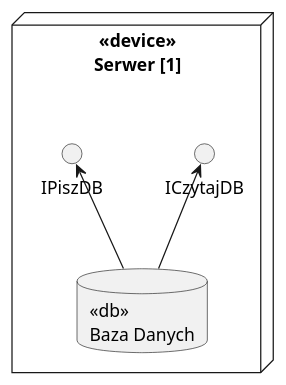
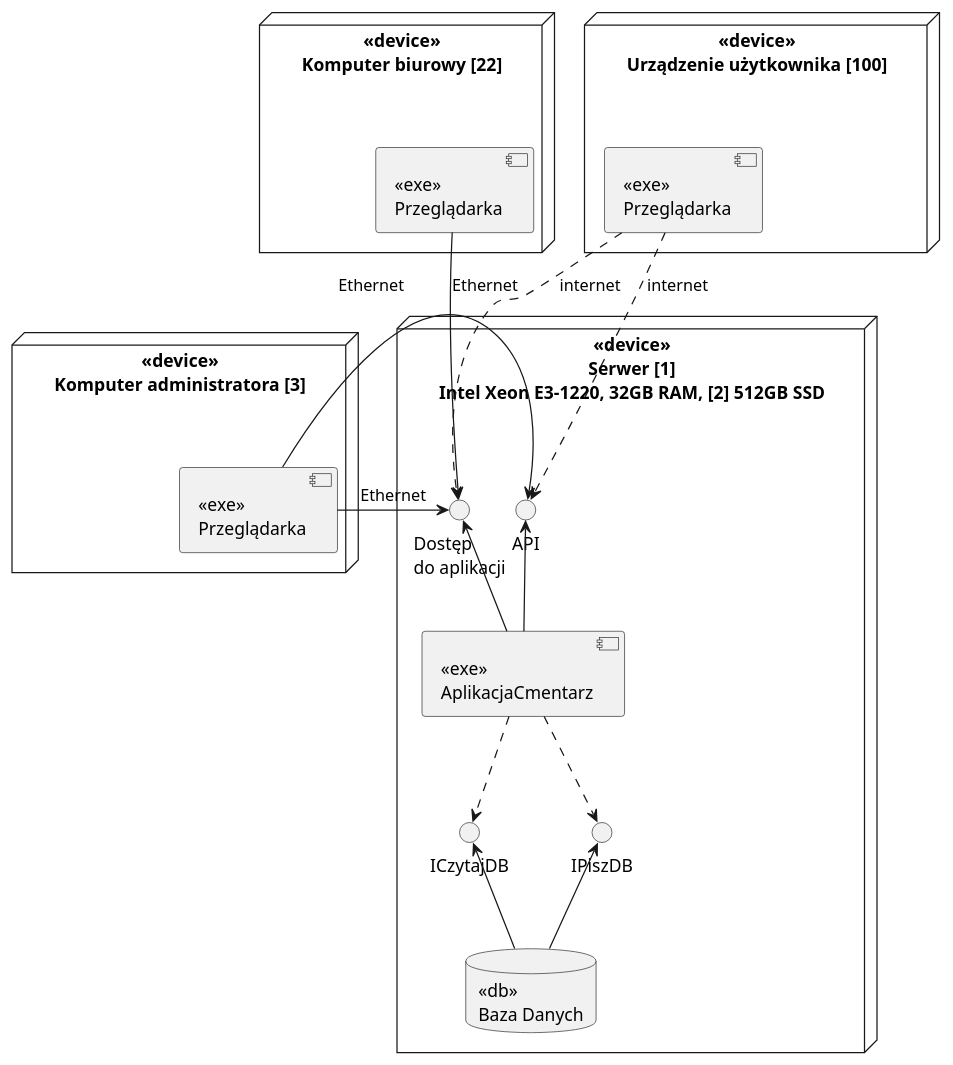
Before and after one commit to KStefanowicz04/ProjektIO: the diagram in diagram_wdrozenia_KS.plantuml, drawn with PlantUML. The commit also changed 1 other file, not shown here.

Commit message:
Diagram wdrożenia

```diff
--- a/diagram_wdrozenia_KS.plantuml
+++ b/diagram_wdrozenia_KS.plantuml
@@ -1,9 +1,33 @@
 @startuml
 
-    node "<<device>>\nSerwer [1]\n" {
+    node "<<device>>\nSerwer [1]\nIntel Xeon E3-1220, 32GB RAM, [2] 512GB SSD" {
+        [<<exe>>\nAplikacjaCmentarz] as ap
+        "Dostęp\ndo aplikacji" <-- ap
+        "API" <-- ap
+
         database "<<db>>\nBaza Danych" as sDB
         ICzytajDB <-- sDB
         IPiszDB <-- sDB
+
+        ap ..> ICzytajDB
+        ap ..> IPiszDB
+    }
+
+    node "<<device>>\nKomputer biurowy [22]" {
+        [<<exe>>\nPrzeglądarka] as apc
+        apc --> "Dostęp\ndo aplikacji" : Ethernet
+    }
+
+    node "<<device>>\nKomputer administratora [3]" {
+        [<<exe>>\nPrzeglądarka] as apca
+        apca -> "Dostęp\ndo aplikacji" : Ethernet
+        apca -> "API" : Ethernet
+    }
+
+    node "<<device>>\nUrządzenie użytkownika [100]" {
+        [<<exe>>\nPrzeglądarka] as apu
+        apu ..> "Dostęp\ndo aplikacji" : internet
+        apu ..> "API" : internet
     }
 
 @enduml
```
